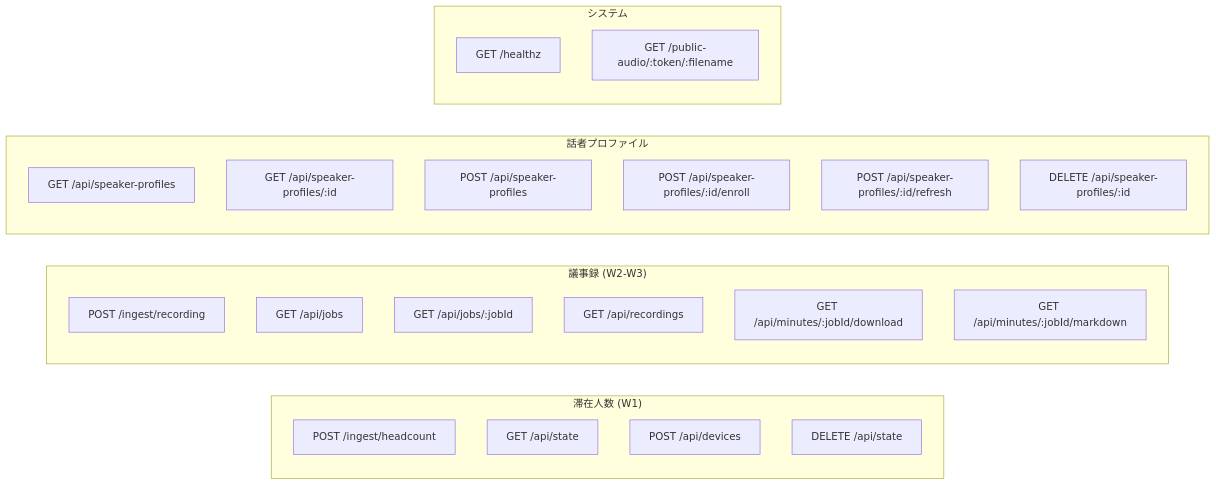
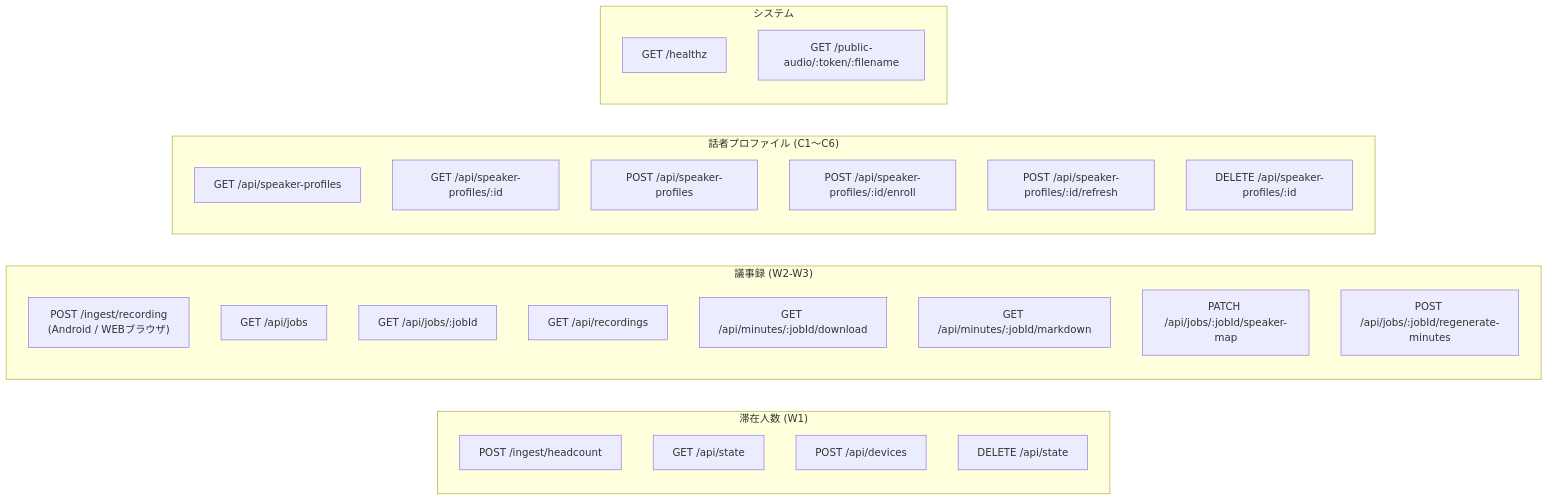
The first of 3 diagrams in doc/05_api_design.md (ytsutsumi30/MeetingRoot), drawn with Mermaid before and after one commit. The commit also changed other lines of this file and 19 other files, not shown here.

````diff
--- a/doc/05_api_design.md
+++ b/doc/05_api_design.md
@@ -9,32 +9,34 @@
 ```mermaid
 graph LR
     subgraph "滞在人数 (W1)"
         A1["POST /ingest/headcount"]
         A2["GET /api/state"]
         A3["POST /api/devices"]
         A4["DELETE /api/state"]
     end
 
     subgraph "議事録 (W2-W3)"
-        B1["POST /ingest/recording"]
+        B1["POST /ingest/recording<br/>(Android / WEBブラウザ)"]
         B2["GET /api/jobs"]
         B3["GET /api/jobs/:jobId"]
         B4["GET /api/recordings"]
         B5["GET /api/minutes/:jobId/download"]
         B6["GET /api/minutes/:jobId/markdown"]
+        B7["PATCH /api/jobs/:jobId/speaker-map"]
+        B8["POST /api/jobs/:jobId/regenerate-minutes"]
     end
 
-    subgraph "話者プロファイル"
+    subgraph "話者プロファイル (C1〜C6)"
         C1["GET /api/speaker-profiles"]
         C2["GET /api/speaker-profiles/:id"]
         C3["POST /api/speaker-profiles"]
         C4["POST /api/speaker-profiles/:id/enroll"]
         C5["POST /api/speaker-profiles/:id/refresh"]
         C6["DELETE /api/speaker-profiles/:id"]
     end
 
     subgraph "システム"
         D1["GET /healthz"]
         D2["GET /public-audio/:token/:filename"]
     end
 ```
````
